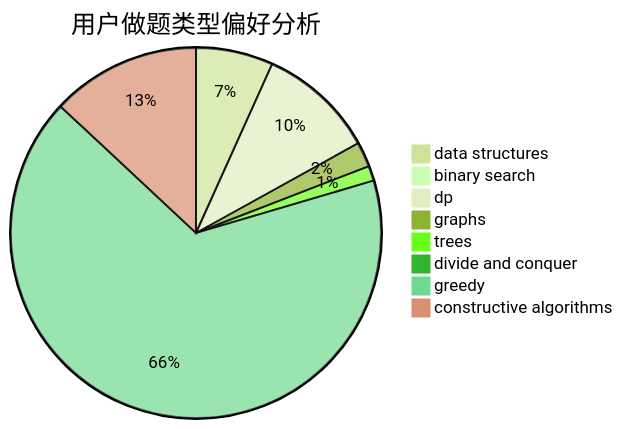
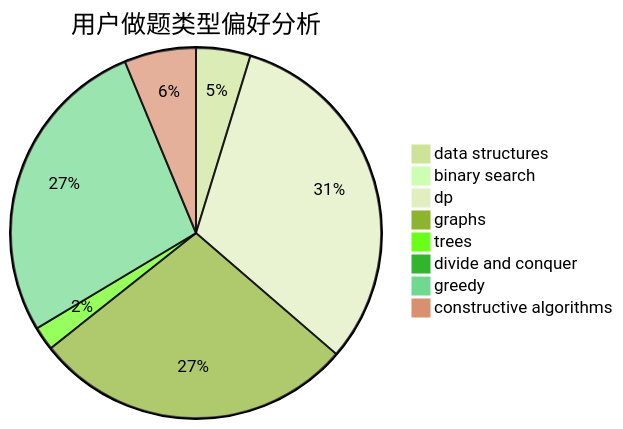
One commit to sherpahu/cfrs.github.io changed the second of 3 diagrams in docs/user/u1489.md. Above: the diagram before and after it, drawn with Mermaid (forest theme). The commit also changed other lines of this file and 2770 other files, not shown here.

````diff
--- a/docs/user/u1489.md
+++ b/docs/user/u1489.md
@@ -23,11 +23,11 @@
 ```mermaid
 pie title 用户做题类型偏好分析
-    "data structures" :  31
-    "binary search" :  2
-    "dp" :  47
-    "graphs" :  10
-    "trees" :  6
-    "divide and conquer" :  3
-    "greedy" :  306
-    "constructive algorithms" :  60
+    "data structures" :  50
+    "binary search" :  10
+    "dp" :  333
+    "graphs" :  295
+    "trees" :  22
+    "divide and conquer" :  9
+    "greedy" :  288
+    "constructive algorithms" :  66
 ```
````
